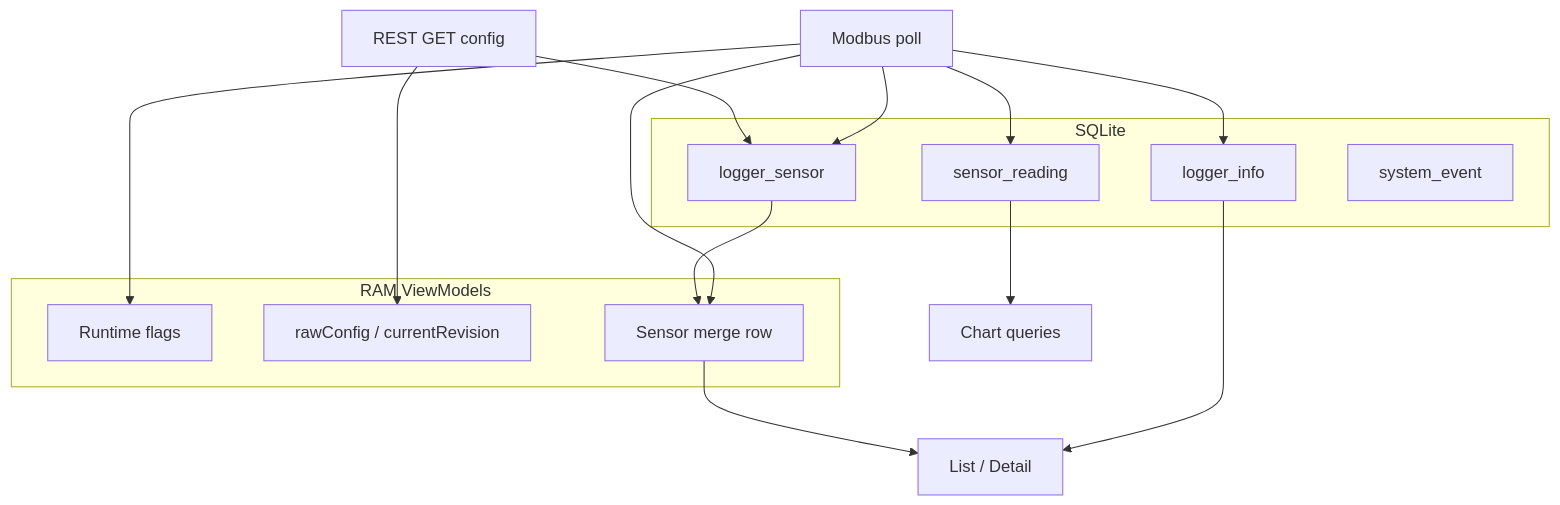
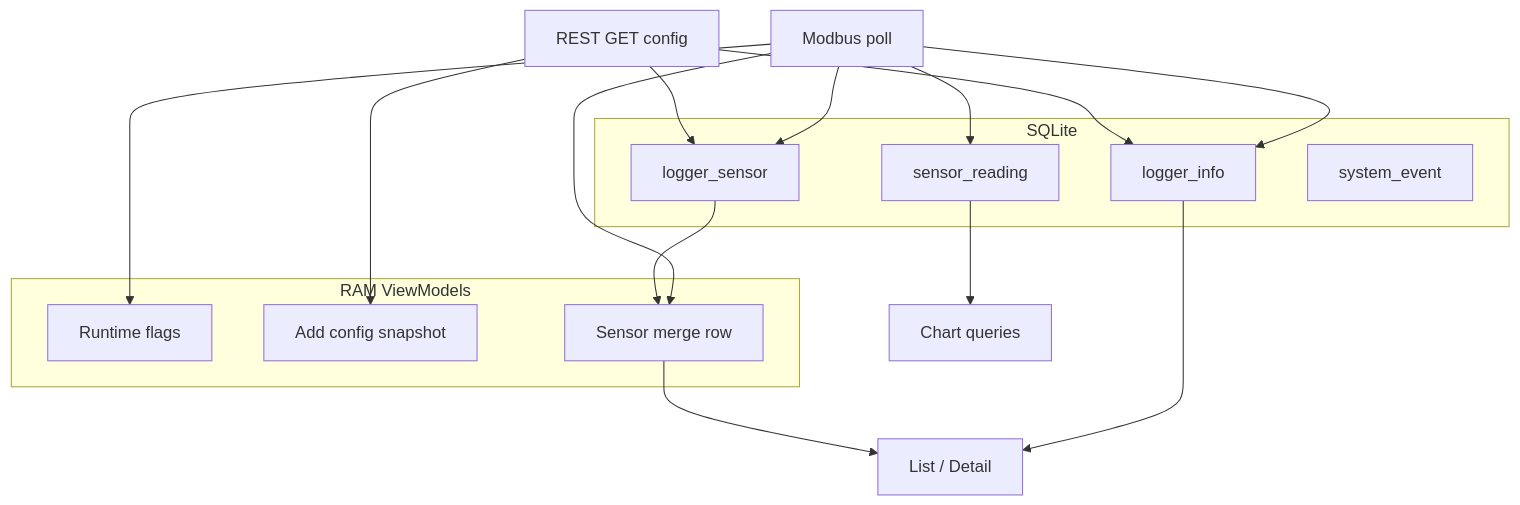
The second of 2 diagrams in docs/thiet_ke_db.md (quytttb/central-logger), drawn with Mermaid before and after one commit. The commit also changed other lines of this file and 190 other files, not shown here.

````diff
--- a/docs/thiet_ke_db.md
+++ b/docs/thiet_ke_db.md
@@ -313,29 +307,30 @@
 ```mermaid
 flowchart TB
   subgraph disk [SQLite]
     LI[logger_info]
     LS[logger_sensor]
     SR[sensor_reading]
     SE[system_event]
   end
 
   subgraph ram [RAM ViewModels]
     RT[Runtime flags]
-    RC[rawConfig / currentRevision]
+    RC[Add config snapshot]
     SM[Sensor merge row]
   end
 
   Modbus[Modbus poll] --> RT
   Modbus --> LS
   Modbus --> SR
   Modbus --> SM
   Modbus --> LI
 
   REST[REST GET config] --> RC
   REST --> LS
+  REST --> LI
 
   LS --> SM
   SR --> Chart[Chart queries]
   LI --> UI[List / Detail]
   SM --> UI
 ```
````
